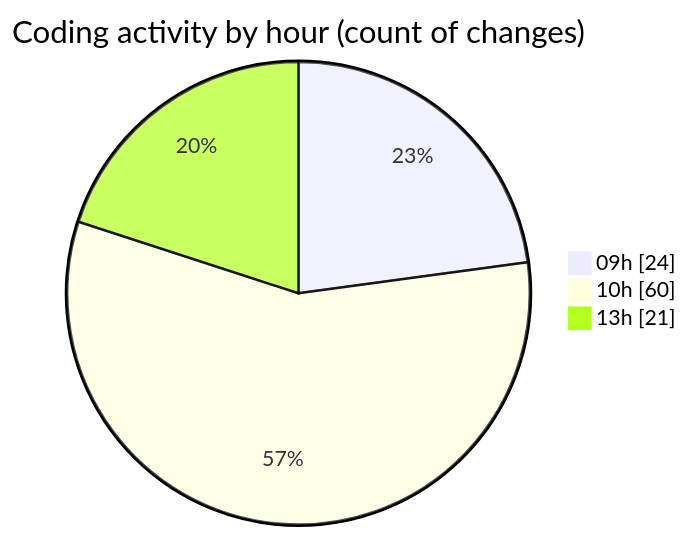
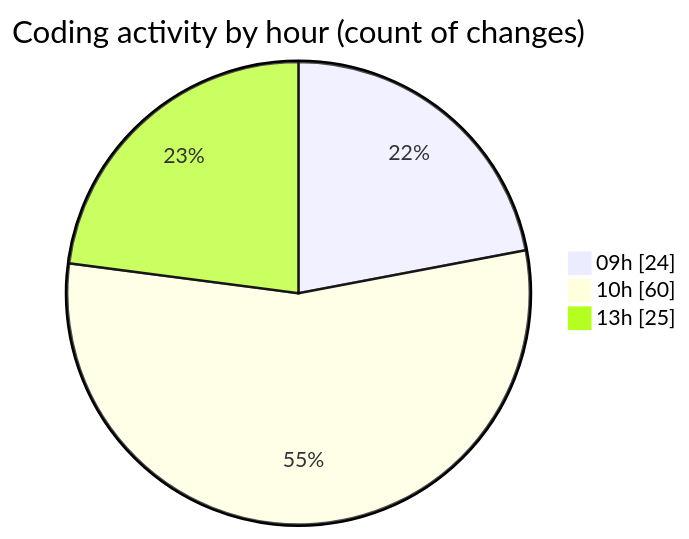
One commit to momahboobian/code-tracking changed the second of 2 diagrams in 2025-10-07/cda/README.md. Above: the diagram before and after it, drawn with Mermaid. The commit also changed other lines of this file and 1 other file, not shown here.

````diff
--- a/2025-10-07/cda/README.md
+++ b/2025-10-07/cda/README.md
@@ -38,7 +38,7 @@
 ```mermaid
 pie showData
 title Coding activity by hour (count of changes)
 "09h" : 24
 "10h" : 60
-"13h" : 21
+"13h" : 25
 ```
````
